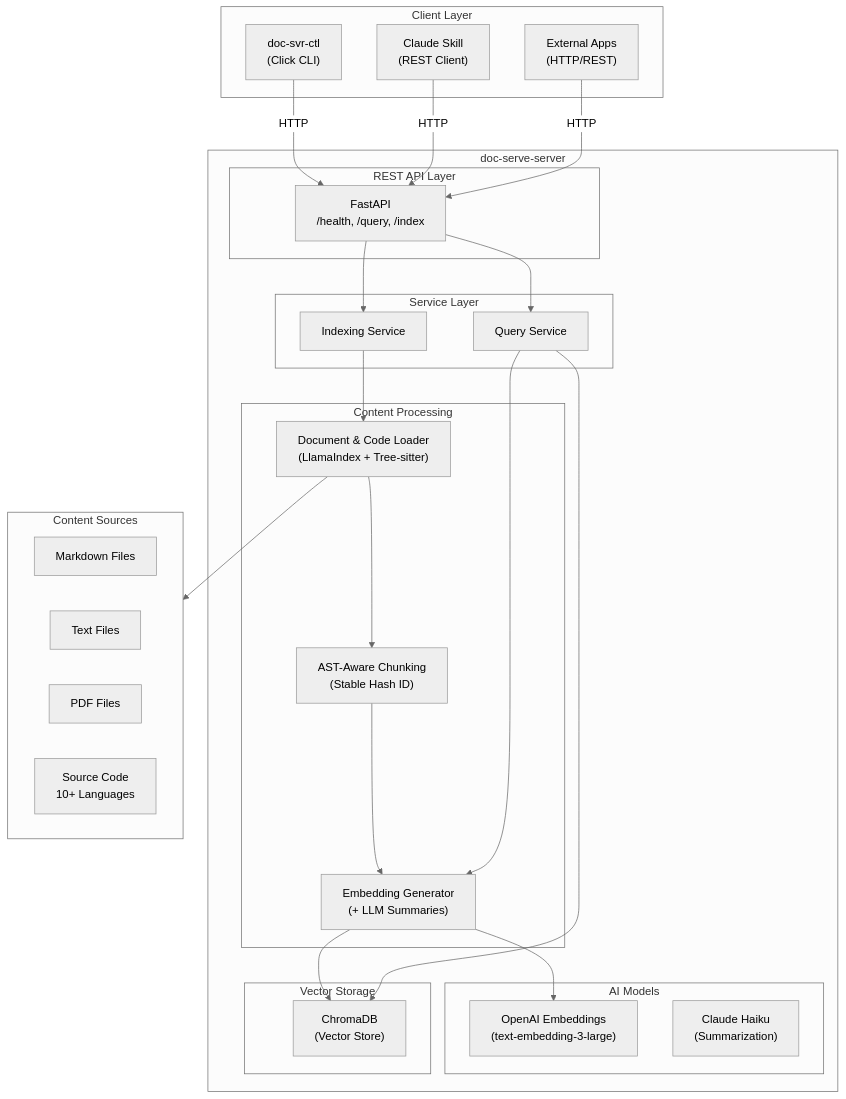
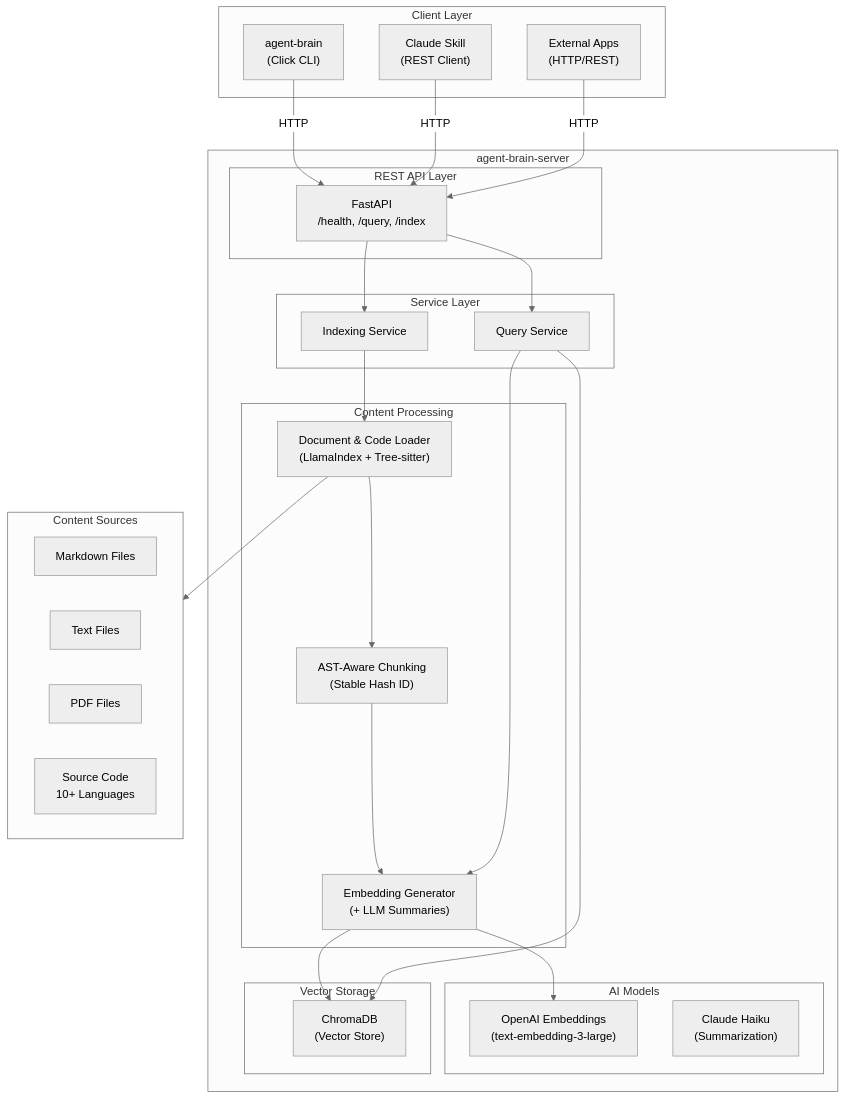
Before and after one commit to SpillwaveSolutions/doc-serve-skill: the diagram in docs/DEVELOPERS_GUIDE.md, drawn with Mermaid (neutral theme). The commit also changed other lines of this file and 172 other files, not shown here.

First line of the commit message:
feat(naming): unify branding to agent-brain (v1.2.0) (#98)

````diff
--- a/docs/DEVELOPERS_GUIDE.md
+++ b/docs/DEVELOPERS_GUIDE.md
@@ -24,58 +24,58 @@
 ```mermaid
 flowchart TB
     subgraph Clients["Client Layer"]
-        CLI["doc-svr-ctl<br/>(Click CLI)"]
+        CLI["agent-brain<br/>(Click CLI)"]
         Skill["Claude Skill<br/>(REST Client)"]
         API_Client["External Apps<br/>(HTTP/REST)"]
     end
 
-    subgraph Server["doc-serve-server"]
+    subgraph Server["agent-brain-server"]
         subgraph API["REST API Layer"]
             FastAPI["FastAPI<br/>/health, /query, /index"]
         end
 
         subgraph Services["Service Layer"]
             IndexService["Indexing Service"]
             QueryService["Query Service"]
         end
 
         subgraph Indexing["Content Processing"]
             Loader["Document & Code Loader<br/>(LlamaIndex + Tree-sitter)"]
             Chunker["AST-Aware Chunking<br/>(Stable Hash ID)"]
             Embedder["Embedding Generator<br/>(+ LLM Summaries)"]
         end
 
         subgraph AI["AI Models"]
             OpenAI["OpenAI Embeddings<br/>(text-embedding-3-large)"]
             Claude["Claude Haiku<br/>(Summarization)"]
         end
 
         subgraph Storage["Vector Storage"]
             ChromaDB["ChromaDB<br/>(Vector Store)"]
         end
     end
 
     subgraph Documents["Content Sources"]
         MD["Markdown Files"]
         TXT["Text Files"]
         PDF["PDF Files"]
         Code["Source Code<br/>10+ Languages"]
     end
 
     CLI -->|HTTP| FastAPI
     Skill -->|HTTP| FastAPI
     API_Client -->|HTTP| FastAPI
 
     FastAPI --> IndexService
     FastAPI --> QueryService
 
     IndexService --> Loader
     Loader --> Documents
     Loader --> Chunker
     Chunker --> Embedder
     Embedder --> OpenAI
     Embedder --> ChromaDB
 
     QueryService --> Embedder
     QueryService --> ChromaDB
 ```
````
